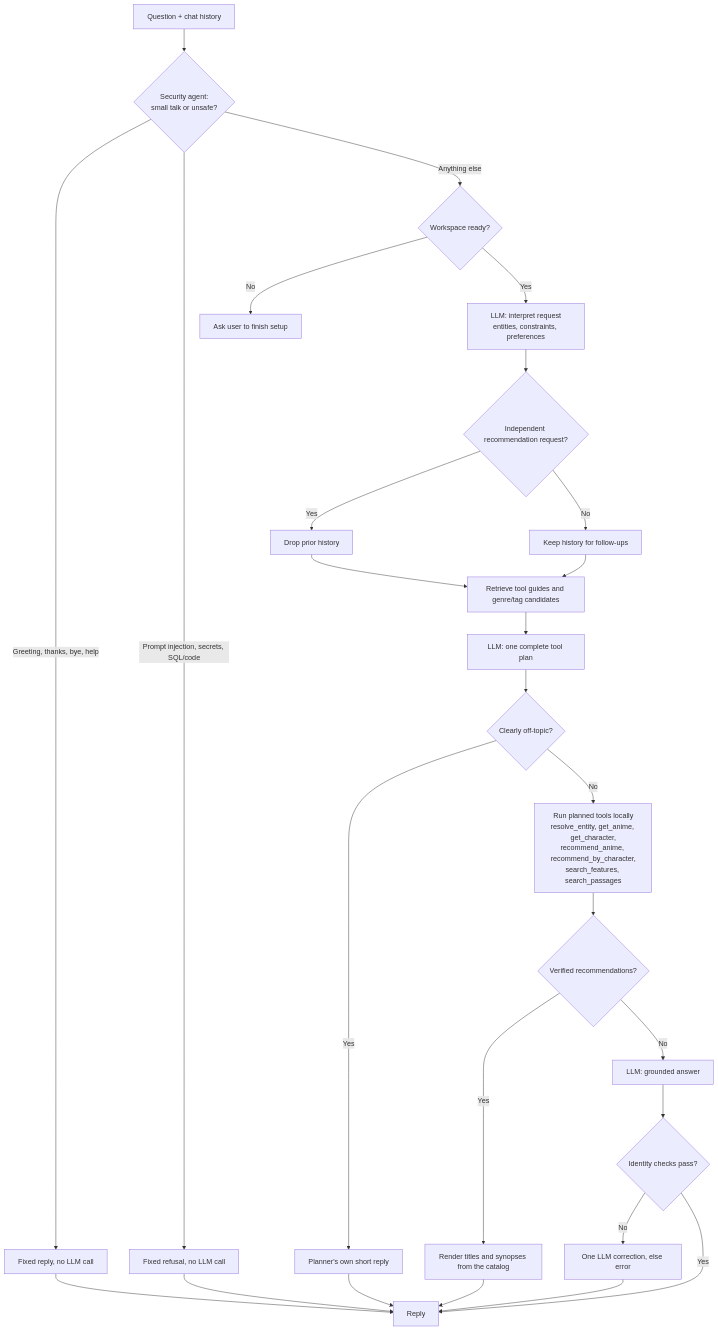
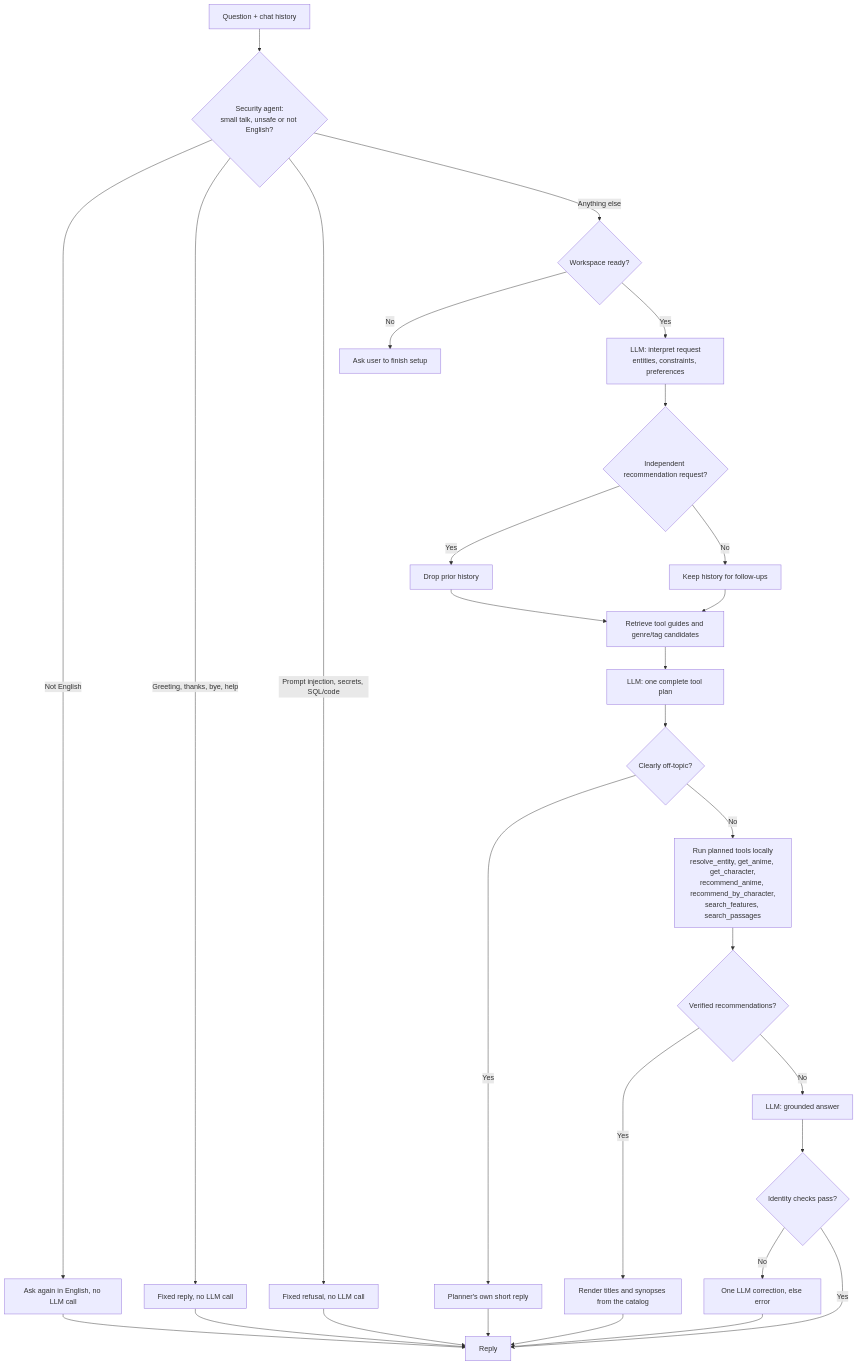
The diagram in docs/recommender/README.md (gedarafi/rag-in-production), drawn with Mermaid before and after one commit. The commit also changed other lines of this file and 2 other files, not shown here.

First line of the commit message:
Support English only in the security agent

````diff
--- a/docs/recommender/README.md
+++ b/docs/recommender/README.md
@@ -75,29 +75,31 @@
 ```mermaid
 flowchart TD
-    A["Question + chat history"] --> GATE{"Security agent:<br/>small talk or unsafe?"}
+    A["Question + chat history"] --> GATE{"Security agent:<br/>small talk, unsafe or not English?"}
+    GATE -->|"Not English"| ENGLISH["Ask again in English, no LLM call"]
+    ENGLISH --> Z
     GATE -->|"Greeting, thanks, bye, help"| CANNED["Fixed reply, no LLM call"]
     GATE -->|"Prompt injection, secrets, SQL/code"| REFUSE["Fixed refusal, no LLM call"]
     GATE -->|"Anything else"| B{"Workspace ready?"}
     CANNED --> Z
     REFUSE --> Z
     B -->|No| SETUP["Ask user to finish setup"]
     B -->|Yes| INT["LLM: interpret request<br/>entities, constraints, preferences"]
     INT --> D{"Independent recommendation request?"}
     D -->|Yes| E["Drop prior history"]
     D -->|No| F["Keep history for follow-ups"]
     E --> H["Retrieve tool guides and genre/tag candidates"]
     F --> H
     H --> I["LLM: one complete tool plan"]
     I --> SCOPE{"Clearly off-topic?"}
     SCOPE -->|Yes| DIRECT["Planner's own short reply"]
     SCOPE -->|No| TOOLS["Run planned tools locally<br/>resolve_entity, get_anime, get_character,<br/>recommend_anime, recommend_by_character,<br/>search_features, search_passages"]
     TOOLS --> VERIFIED{"Verified recommendations?"}
     VERIFIED -->|Yes| RENDER["Render titles and synopses from the catalog"]
     VERIFIED -->|No| U["LLM: grounded answer"]
     U --> V{"Identity checks pass?"}
     V -->|No| X["One LLM correction, else error"]
     V -->|Yes| Z["Reply"]
     X --> Z
     RENDER --> Z
     DIRECT --> Z
 ```
````
